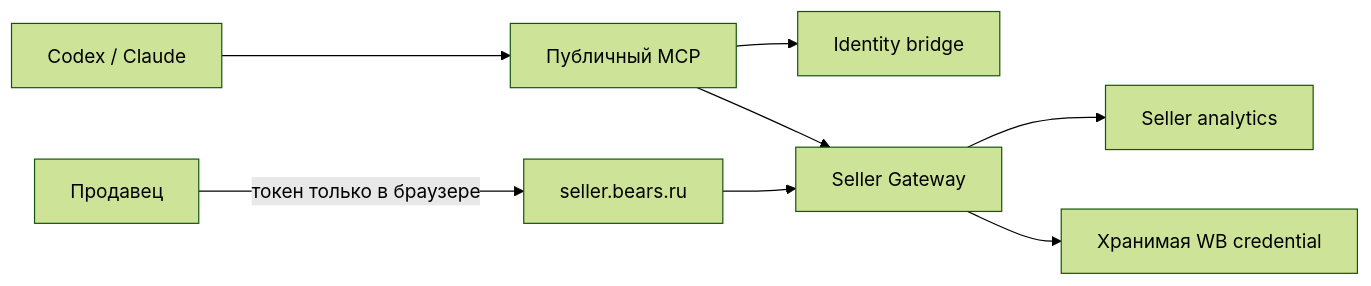
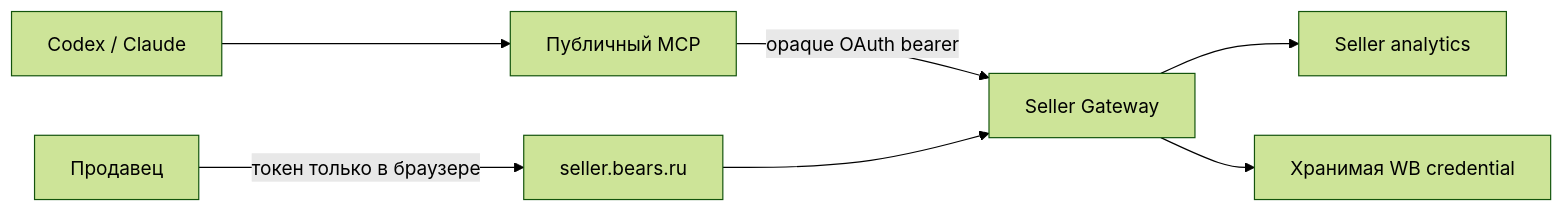
The diagram in README.md (BearsCLOUD/wildberries-agent-integration), drawn with Mermaid (forest theme) before and after one commit. The commit also changed other lines of this file and 19 other files, not shown here.

Commit message:
docs: align submission package with agent bearer flow

````diff
--- a/README.md
+++ b/README.md
@@ -166,10 +166,9 @@
 ```mermaid
 flowchart LR
     A[Codex / Claude] --> B[Публичный MCP]
-    B --> C[Identity bridge]
-    B --> D[Seller Gateway]
+    B -->|opaque OAuth bearer| D[Seller Gateway]
     D --> E[Seller analytics]
     D --> F[Хранимая WB credential]
     U[Продавец] -->|токен только в браузере| S[seller.bears.ru]
     S --> D
 ```
````
